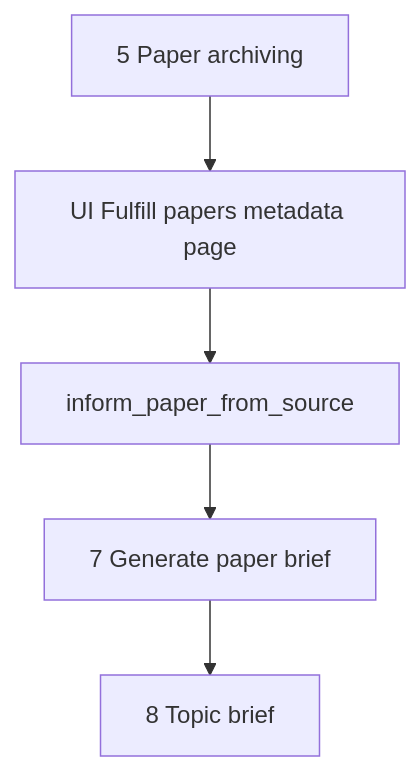
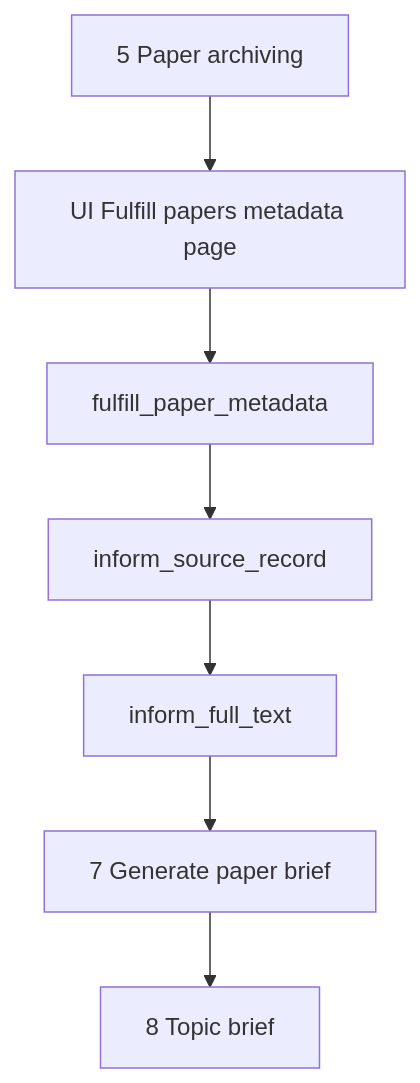
One commit to GustavoRusso/paper-reviewer changed the first of 2 diagrams in docs/specs/06-fulfill-papers-metadata.md. Above: the diagram before and after it, drawn with Mermaid. The commit also changed other lines of this file and 9 other files, not shown here.

````diff
--- a/docs/specs/06-fulfill-papers-metadata.md
+++ b/docs/specs/06-fulfill-papers-metadata.md
@@ -56,12 +65,16 @@
 ```mermaid
 flowchart TB
   archive[5 Paper archiving]
   ui[UI Fulfill papers metadata page]
-  inform[inform_paper_from_source]
+  orch[fulfill_paper_metadata]
+  srcRec[inform_source_record]
+  fullTxt[inform_full_text]
   briefStep[7 Generate paper brief]
   topic[8 Topic brief]
   archive --> ui
-  ui --> inform
-  inform --> briefStep
+  ui --> orch
+  orch --> srcRec
+  srcRec --> fullTxt
+  fullTxt --> briefStep
   briefStep --> topic
 ```
````
